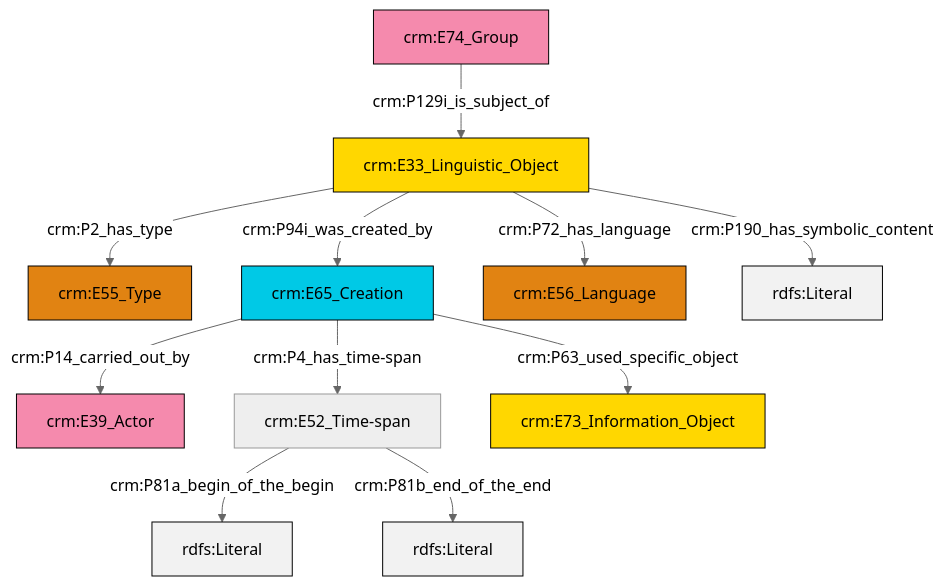
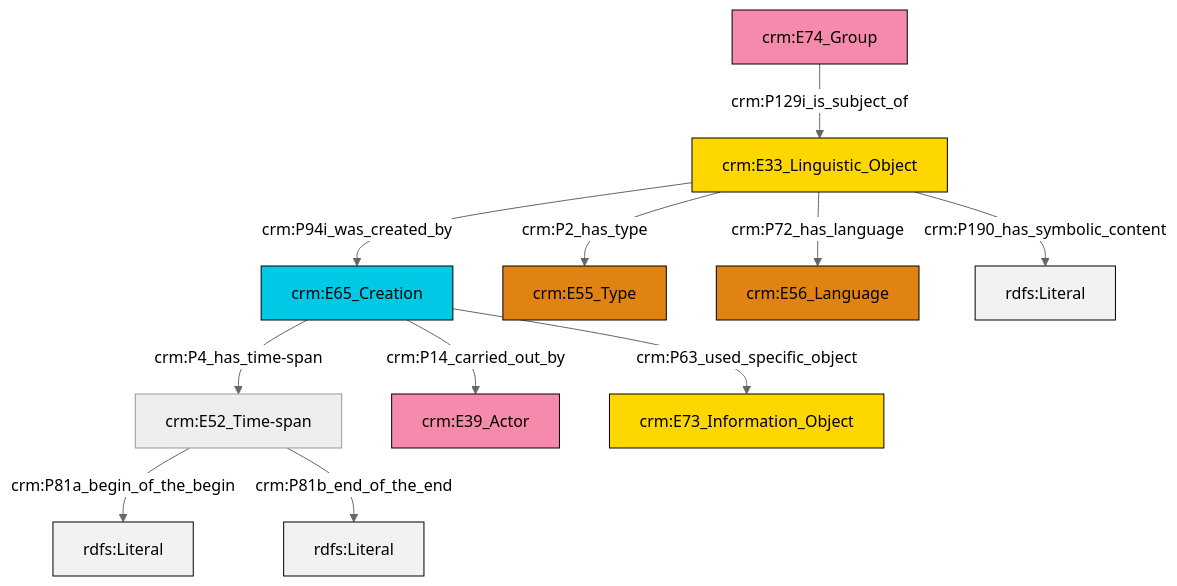
Before and after one commit to swiss-art-research-net/docs.swissartresearch: the diagram in et/groupCSV/ttl/mmd/group_description.ttl.mmd, drawn with Mermaid (neutral theme). The commit also changed 171 other files, not shown here.

```diff
--- a/et/groupCSV/ttl/mmd/group_description.ttl.mmd
+++ b/et/groupCSV/ttl/mmd/group_description.ttl.mmd
@@ -1,25 +1,25 @@
 graph TD
 classDef Literal fill:#f2f2f2,stroke:#000000;
 classDef CRM_Entity fill:#FFFFFF,stroke:#000000;
 classDef Temporal_Entity fill:#00C9E6, stroke:#000000;
 classDef Type fill:#E18312, stroke:#000000;
 classDef Time-Span fill:#2C9C91, stroke:#000000;
 classDef Appellation fill:#FFEB7F, stroke:#000000;
 classDef Place fill:#008836, stroke:#000000;
 classDef Persistent_Item fill:#B266B2, stroke:#000000;
 classDef Conceptual_Object fill:#FFD700, stroke:#000000;
 classDef Physical_Thing fill:#D2B48C, stroke:#000000;
 classDef Actor fill:#f58aad, stroke:#000000;
 classDef PC_Classes fill:#4ce600, stroke:#000000;
 classDef Multi fill:#cccccc,stroke:#000000;
 
-0["crm:E33_Linguistic_Object"]:::Conceptual_Object -->|crm:P2_has_type| 1["crm:E55_Type"]:::Type
-2["crm:E65_Creation"]:::Temporal_Entity -->|crm:P14_carried_out_by| 3["crm:E39_Actor"]:::Actor
-0["crm:E33_Linguistic_Object"]:::Conceptual_Object -->|crm:P94i_was_created_by| 2["crm:E65_Creation"]:::Temporal_Entity
-2["crm:E65_Creation"]:::Temporal_Entity -->|crm:P63_used_specific_object| 13["crm:E73_Information_Object"]:::Conceptual_Object
-10["crm:E52_Time-span"]:::Default -->|crm:P81a_begin_of_the_begin| 14[rdfs:Literal]:::Literal
-0["crm:E33_Linguistic_Object"]:::Conceptual_Object -->|crm:P72_has_language| 4["crm:E56_Language"]:::Type
-8["crm:E74_Group"]:::Actor -->|crm:P129i_is_subject_of| 0["crm:E33_Linguistic_Object"]:::Conceptual_Object
-0["crm:E33_Linguistic_Object"]:::Conceptual_Object -->|crm:P190_has_symbolic_content| 17[rdfs:Literal]:::Literal
-10["crm:E52_Time-span"]:::Default -->|crm:P81b_end_of_the_end| 18[rdfs:Literal]:::Literal
-2["crm:E65_Creation"]:::Temporal_Entity -->|crm:P4_has_time-span| 10["crm:E52_Time-span"]:::Default
+0["crm:E52_Time-span"]:::Default -->|crm:P81a_begin_of_the_begin| 1[rdfs:Literal]:::Literal
+2["crm:E74_Group"]:::Actor -->|crm:P129i_is_subject_of| 3["crm:E33_Linguistic_Object"]:::Conceptual_Object
+3["crm:E33_Linguistic_Object"]:::Conceptual_Object -->|crm:P2_has_type| 8["crm:E55_Type"]:::Type
+3["crm:E33_Linguistic_Object"]:::Conceptual_Object -->|crm:P190_has_symbolic_content| 13[rdfs:Literal]:::Literal
+0["crm:E52_Time-span"]:::Default -->|crm:P81b_end_of_the_end| 14[rdfs:Literal]:::Literal
+3["crm:E33_Linguistic_Object"]:::Conceptual_Object -->|crm:P94i_was_created_by| 4["crm:E65_Creation"]:::Temporal_Entity
+4["crm:E65_Creation"]:::Temporal_Entity -->|crm:P63_used_specific_object| 11["crm:E73_Information_Object"]:::Conceptual_Object
+4["crm:E65_Creation"]:::Temporal_Entity -->|crm:P4_has_time-span| 0["crm:E52_Time-span"]:::Default
+4["crm:E65_Creation"]:::Temporal_Entity -->|crm:P14_carried_out_by| 6["crm:E39_Actor"]:::Actor
+3["crm:E33_Linguistic_Object"]:::Conceptual_Object -->|crm:P72_has_language| 9["crm:E56_Language"]:::Type
```
